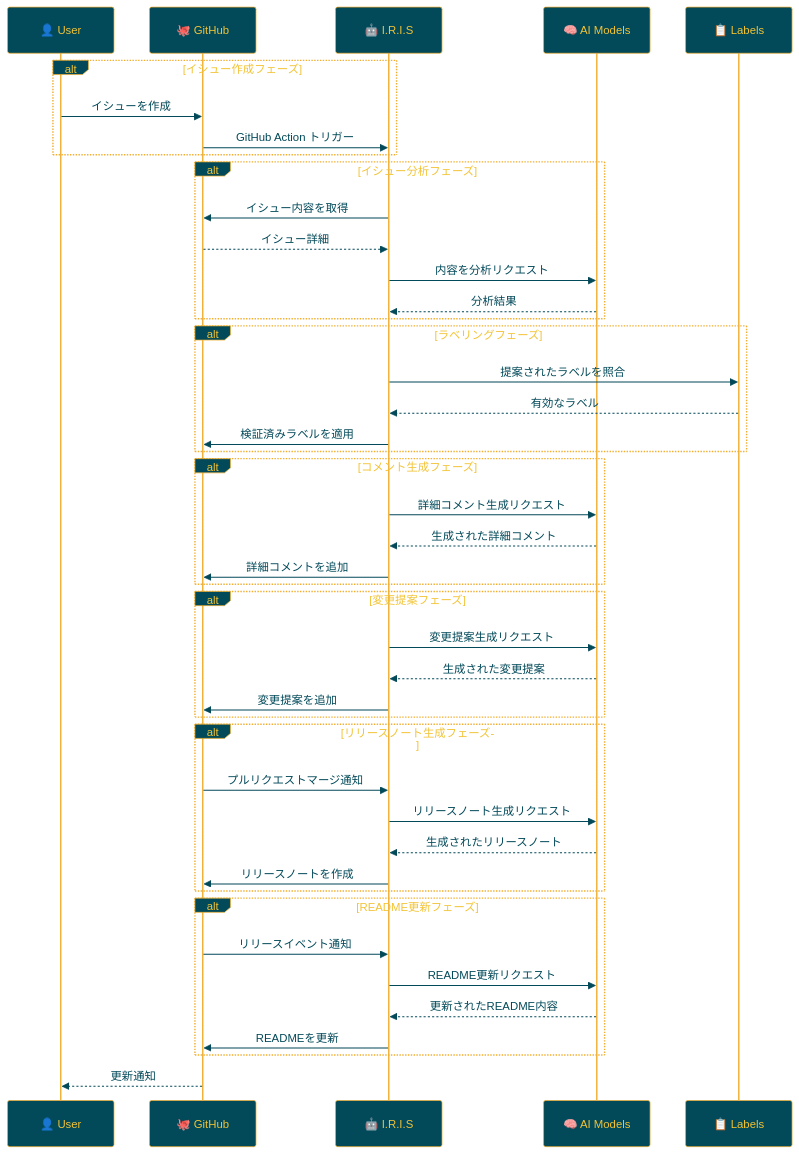
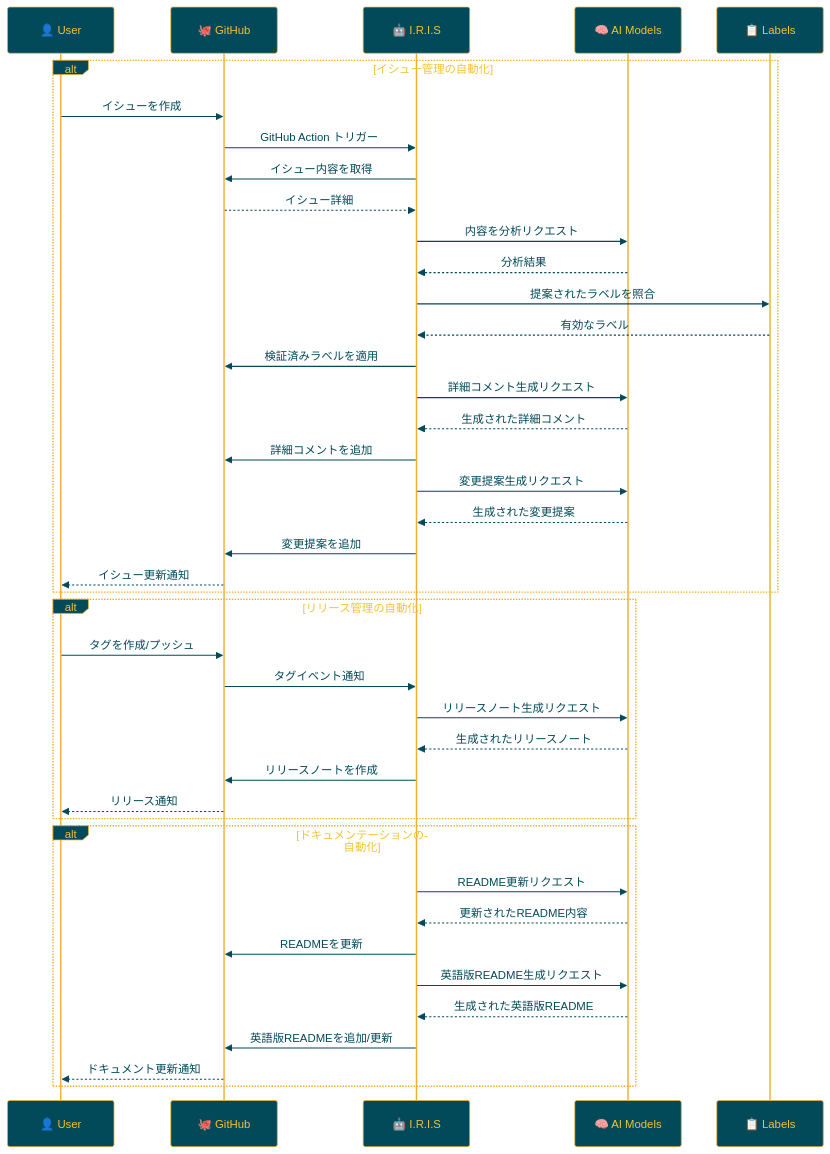
One commit to Sunwood-ai-labs/IRIS changed the diagram in README.md. Above: the diagram before and after it, drawn with Mermaid. The commit also changed other lines of this file, not shown here.

````diff
--- a/README.md
+++ b/README.md
@@ -131,56 +196,48 @@
 ```mermaid
 %%{init:{'theme':'base','themeVariables':{'primaryColor':'#024959','primaryTextColor':'#F2C335','primaryBorderColor':'#F2AE30','lineColor':'#A1A2A6','secondaryColor':'#593E25','tertiaryColor':'#F2C335','noteTextColor':'#024959','noteBkgColor':'#F2C335','textColor':'#024959','fontSize':'18px'}}}%%
 
 sequenceDiagram
     participant User as 👤 User
     participant GitHub as 🐙 GitHub
     participant IRIS as 🤖 I.R.I.S
     participant AI as 🧠 AI Models
     participant Labels as 📋 Labels
 
-    alt イシュー作成フェーズ
+    alt イシュー管理の自動化
         User->>GitHub: イシューを作成
         GitHub->>IRIS: GitHub Action トリガー
-    end
-
-    alt イシュー分析フェーズ
         IRIS->>GitHub: イシュー内容を取得
         GitHub-->>IRIS: イシュー詳細
         IRIS->>AI: 内容を分析リクエスト
         AI-->>IRIS: 分析結果
-    end
-
-    alt ラベリングフェーズ
         IRIS->>Labels: 提案されたラベルを照合
         Labels-->>IRIS: 有効なラベル
         IRIS->>GitHub: 検証済みラベルを適用
-    end
-
-    alt コメント生成フェーズ
         IRIS->>AI: 詳細コメント生成リクエスト
         AI-->>IRIS: 生成された詳細コメント
         IRIS->>GitHub: 詳細コメントを追加
-    end
-
-    alt 変更提案フェーズ
         IRIS->>AI: 変更提案生成リクエスト
         AI-->>IRIS: 生成された変更提案
         IRIS->>GitHub: 変更提案を追加
+        GitHub-->>User: イシュー更新通知
     end
 
-    alt リリースノート生成フェーズ
-        GitHub->>IRIS: プルリクエストマージ通知
+    alt リリース管理の自動化
+        User->>GitHub: タグを作成/プッシュ
+        GitHub->>IRIS: タグイベント通知
         IRIS->>AI: リリースノート生成リクエスト
         AI-->>IRIS: 生成されたリリースノート
         IRIS->>GitHub: リリースノートを作成
+        GitHub-->>User: リリース通知
     end
 
-    alt README更新フェーズ
-        GitHub->>IRIS: リリースイベント通知
+    alt ドキュメンテーションの自動化
         IRIS->>AI: README更新リクエスト
         AI-->>IRIS: 更新されたREADME内容
         IRIS->>GitHub: READMEを更新
+        IRIS->>AI: 英語版README生成リクエスト
+        AI-->>IRIS: 生成された英語版README
+        IRIS->>GitHub: 英語版READMEを追加/更新
+        GitHub-->>User: ドキュメント更新通知
     end
-
-    GitHub-->>User: 更新通知
 ```
````
